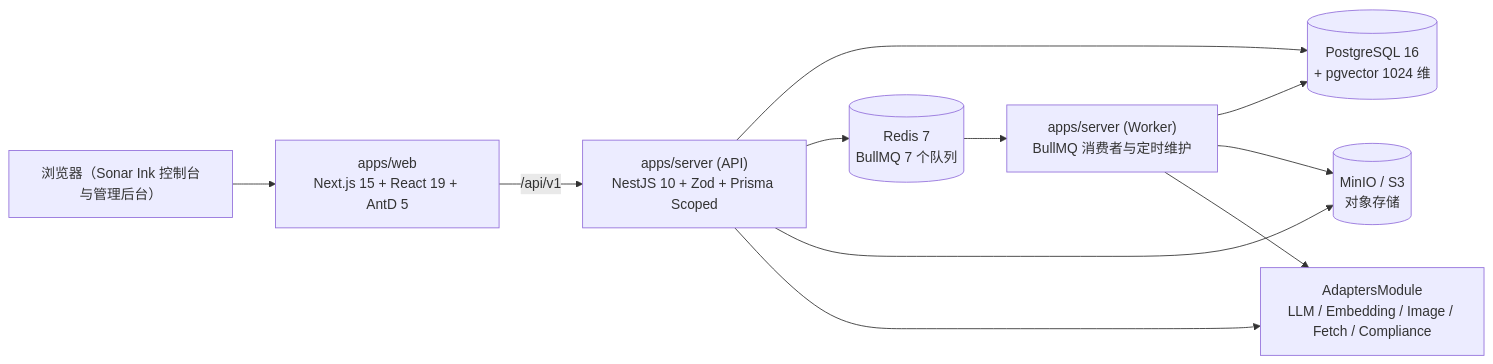
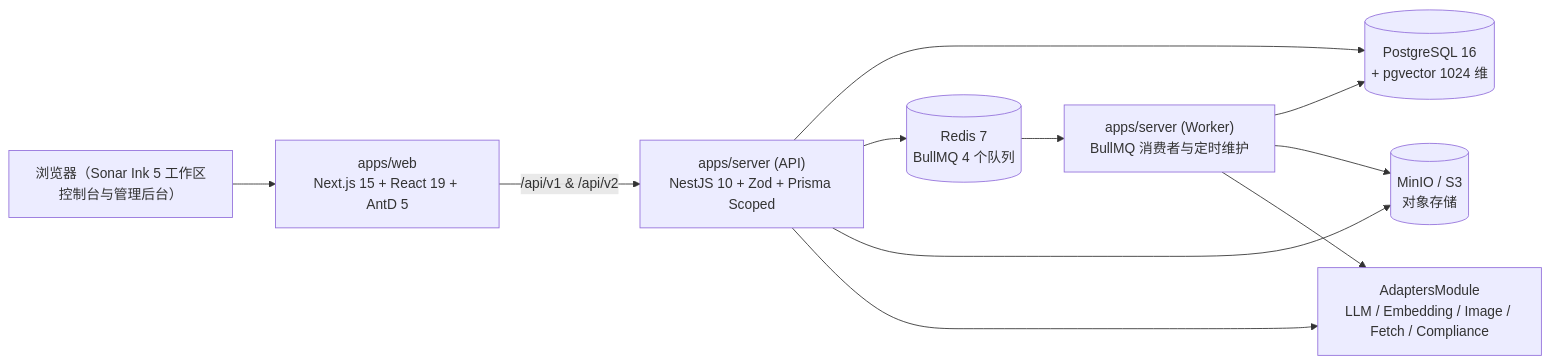
The diagram in README.zh-CN.md (yexiu700/geomix), drawn with Mermaid before and after one commit. The commit also changed other lines of this file and 13 other files, not shown here.

Commit message:
docs: align architecture, agent playbooks, README, and runbooks with GeoMix 2.0

````diff
--- a/README.zh-CN.md
+++ b/README.zh-CN.md
@@ -54,13 +55,13 @@
 ```mermaid
 flowchart LR
-  User["浏览器（Sonar Ink 控制台与管理后台）"] --> Web["apps/web<br/>Next.js 15 + React 19 + AntD 5"]
-  Web -->|/api/v1| Api["apps/server (API)<br/>NestJS 10 + Zod + Prisma Scoped"]
+  User["浏览器（Sonar Ink 5 工作区控制台与管理后台）"] --> Web["apps/web<br/>Next.js 15 + React 19 + AntD 5"]
+  Web -->|/api/v1 & /api/v2| Api["apps/server (API)<br/>NestJS 10 + Zod + Prisma Scoped"]
   Api --> PG[("PostgreSQL 16<br/>+ pgvector 1024 维")]
-  Api --> Redis[("Redis 7<br/>BullMQ 7 个队列")]
+  Api --> Redis[("Redis 7<br/>BullMQ 4 个队列")]
   Api --> S3[("MinIO / S3<br/>对象存储")]
   Redis --> Worker["apps/server (Worker)<br/>BullMQ 消费者与定时维护"]
   Worker --> PG
   Worker --> S3
   Api --> Adapters["AdaptersModule<br/>LLM / Embedding / Image / Fetch / Compliance"]
   Worker --> Adapters
 ```
````
